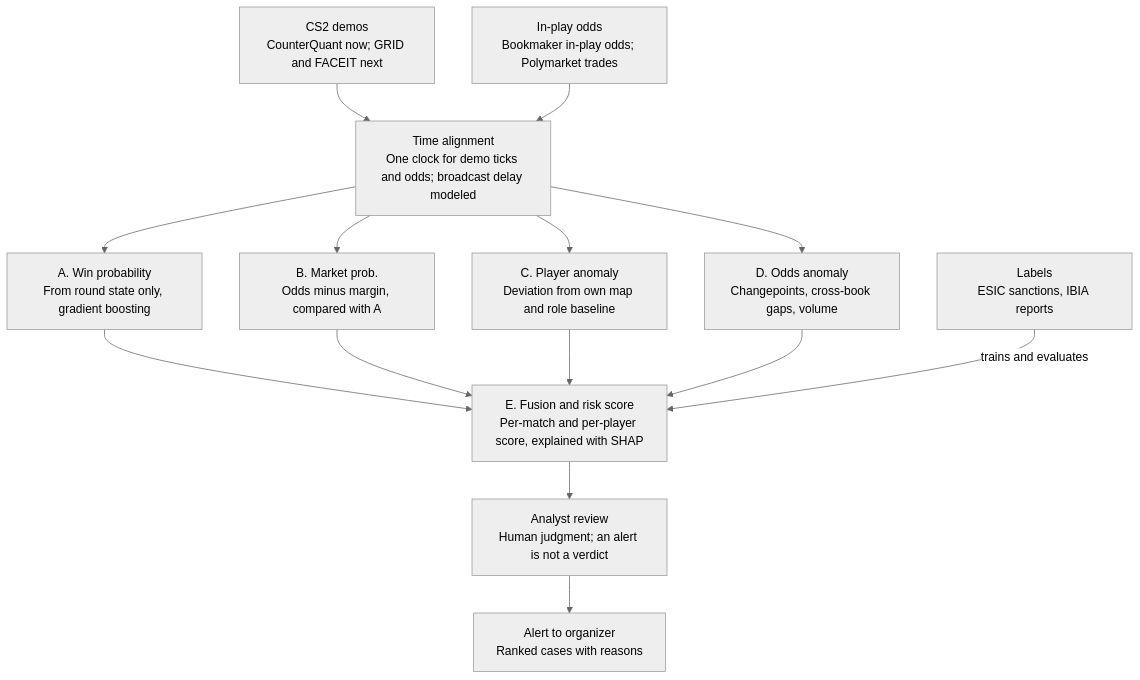
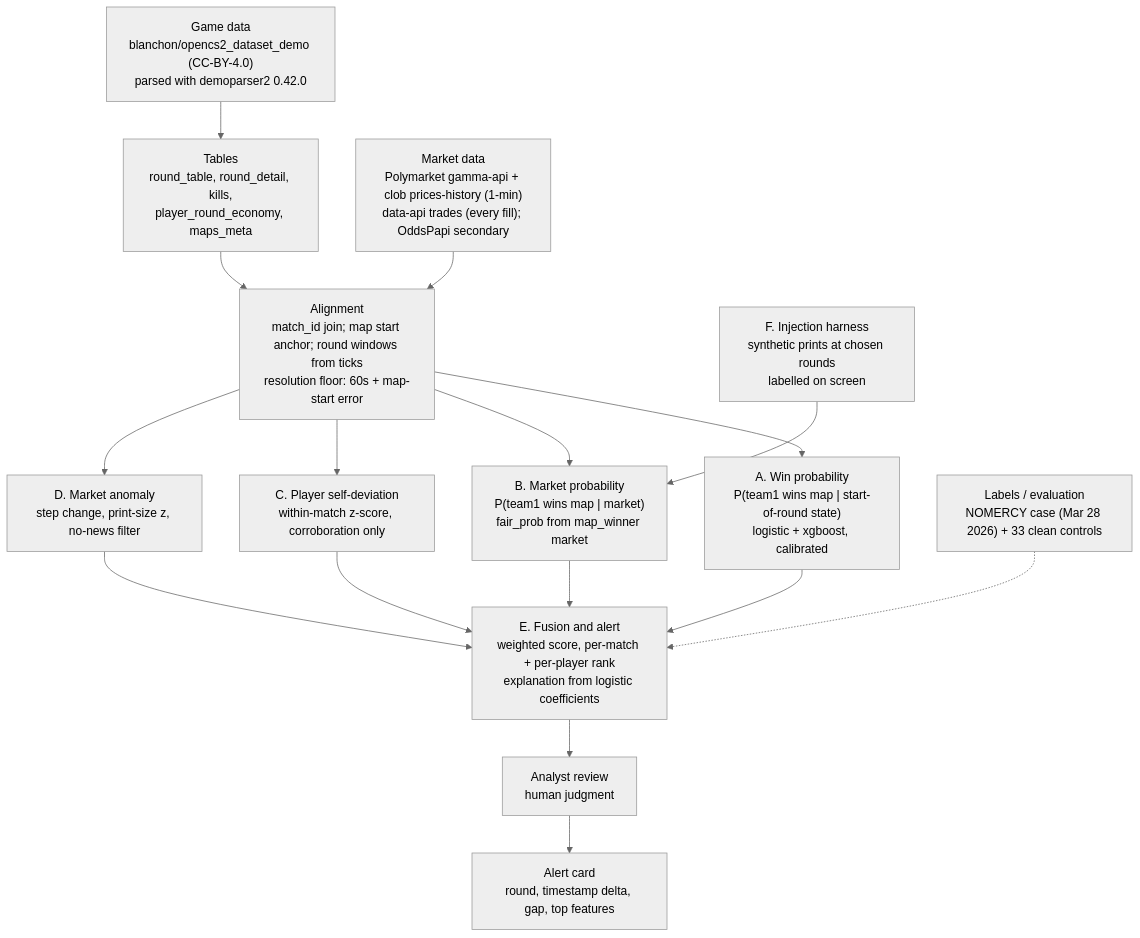
The diagram in cs2-match-fixing-spec.md (jialewang0528-gif/IBMZProject), drawn with Mermaid (neutral theme) before and after one commit. The commit also changed other lines of this file, not shown here.

````diff
--- a/cs2-match-fixing-spec.md
+++ b/cs2-match-fixing-spec.md
@@ -44,18 +41,18 @@
 ```mermaid
 flowchart TD
-    demos["CS2 demos<br/>CounterQuant now; GRID and FACEIT next"] --> align
-    odds["In-play odds<br/>Bookmaker in-play odds; Polymarket trades"] --> align
-    align["Time alignment<br/>One clock for demo ticks and odds; broadcast delay modeled"]
-    align --> A["A. Win probability<br/>From round state only, gradient boosting"]
-    align --> B["B. Market prob.<br/>Odds minus margin, compared with A"]
-    align --> C["C. Player anomaly<br/>Deviation from own map and role baseline"]
-    align --> D["D. Odds anomaly<br/>Changepoints, cross-book gaps, volume"]
-    A --> E
-    B --> E
-    C --> E
-    D --> E
-    E["E. Fusion and risk score<br/>Per-match and per-player score, explained with SHAP"]
-    labels["Labels<br/>ESIC sanctions, IBIA reports"] -- trains and evaluates --> E
-    E --> review["Analyst review<br/>Human judgment; an alert is not a verdict"]
-    review --> alert["Alert to organizer<br/>Ranked cases with reasons"]
+    demos["Game data<br/>blanchon/opencs2_dataset_demo (CC-BY-4.0)<br/>parsed with demoparser2 0.42.0"] --> tables
+    tables["Tables<br/>round_table, round_detail, kills,<br/>player_round_economy, maps_meta"] --> align
+    odds["Market data<br/>Polymarket gamma-api + clob prices-history (1-min)<br/>data-api trades (every fill); OddsPapi secondary"] --> align
+    align["Alignment<br/>match_id join; map start anchor; round windows from ticks<br/>resolution floor: 60s + map-start error"] --> A
+    align --> B
+    align --> C
+    align --> D
+    labels["Labels / evaluation<br/>NOMERCY case (Mar 28 2026) + 33 clean controls"] -.-> E
+    A["A. Win probability<br/>P(team1 wins map | start-of-round state)<br/>logistic + xgboost, calibrated"] --> E
+    B["B. Market probability<br/>P(team1 wins map | market)<br/>fair_prob from map_winner market"] --> E
+    C["C. Player self-deviation<br/>within-match z-score, corroboration only"] --> E
+    D["D. Market anomaly<br/>step change, print-size z, no-news filter"] --> E
+    F["F. Injection harness<br/>synthetic prints at chosen rounds<br/>labelled on screen"] --> B
+    E["E. Fusion and alert<br/>weighted score, per-match + per-player rank<br/>explanation from logistic coefficients"] --> review
+    review["Analyst review<br/>human judgment"] --> alert["Alert card<br/>round, timestamp delta, gap, top features"]
 ```
````
